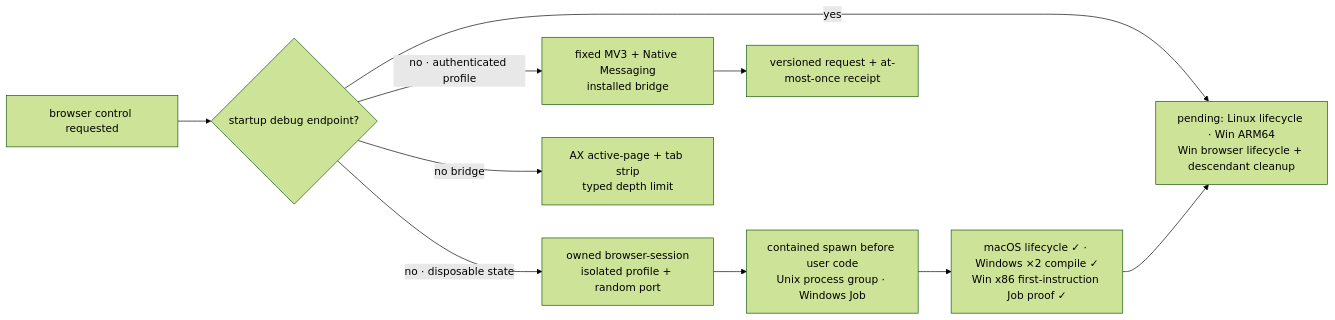
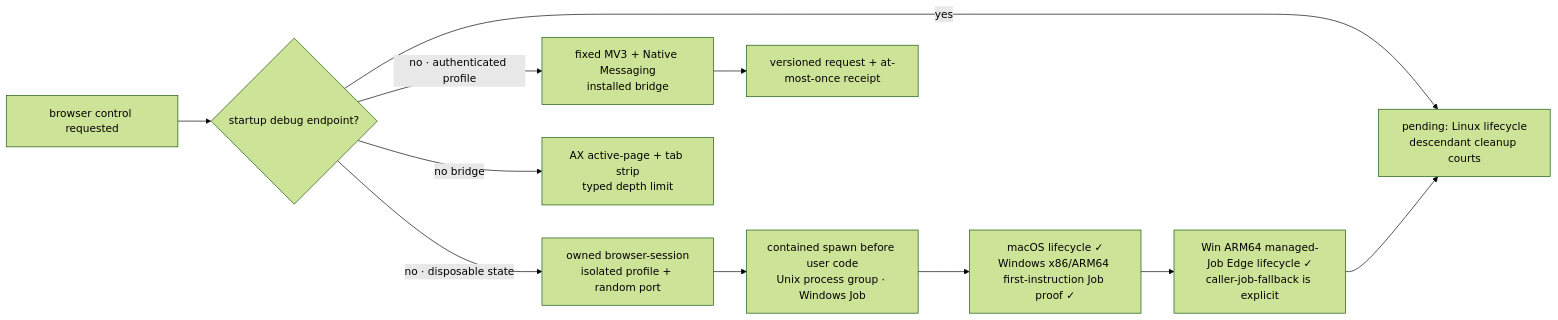
The first of 4 diagrams in prd/PRD_02_28_agenterm_cu.md (partnernetsoftware/agenterm), drawn with Mermaid (forest theme) before and after one commit. The commit also changed other lines of this file and 11 other files, not shown here.

Commit message:
cu: close managed browser lifecycle gaps

````diff
--- a/prd/PRD_02_28_agenterm_cu.md
+++ b/prd/PRD_02_28_agenterm_cu.md
@@ -288,12 +298,13 @@
 ```mermaid
 flowchart LR
   B["browser control requested"] --> D{"startup debug endpoint?"}
   D -->|yes| P["borrow exact PID/port<br/>owned=false"]
   D -->|no · disposable state| S["owned browser-session<br/>isolated profile + random port"]
   D -->|no · authenticated profile| X["fixed MV3 + Native Messaging<br/>installed bridge"]
   D -->|no bridge| A["AX active-page + tab strip<br/>typed depth limit"]
   S --> C["contained spawn before user code<br/>Unix process group · Windows Job"]
-  C --> E["macOS lifecycle ✓ · Windows ×2 compile ✓<br/>Win x86 first-instruction Job proof ✓"]
-  E --> P["pending: Linux lifecycle · Win ARM64<br/>Win browser lifecycle + descendant cleanup"]
+  C --> E["macOS lifecycle ✓<br/>Windows x86/ARM64 first-instruction Job proof ✓"]
+  E --> W["Win ARM64 managed-Job Edge lifecycle ✓<br/>caller-job-fallback is explicit"]
+  W --> P["pending: Linux lifecycle<br/>descendant cleanup courts"]
   X --> R["versioned request + at-most-once receipt"]
 ```
````
